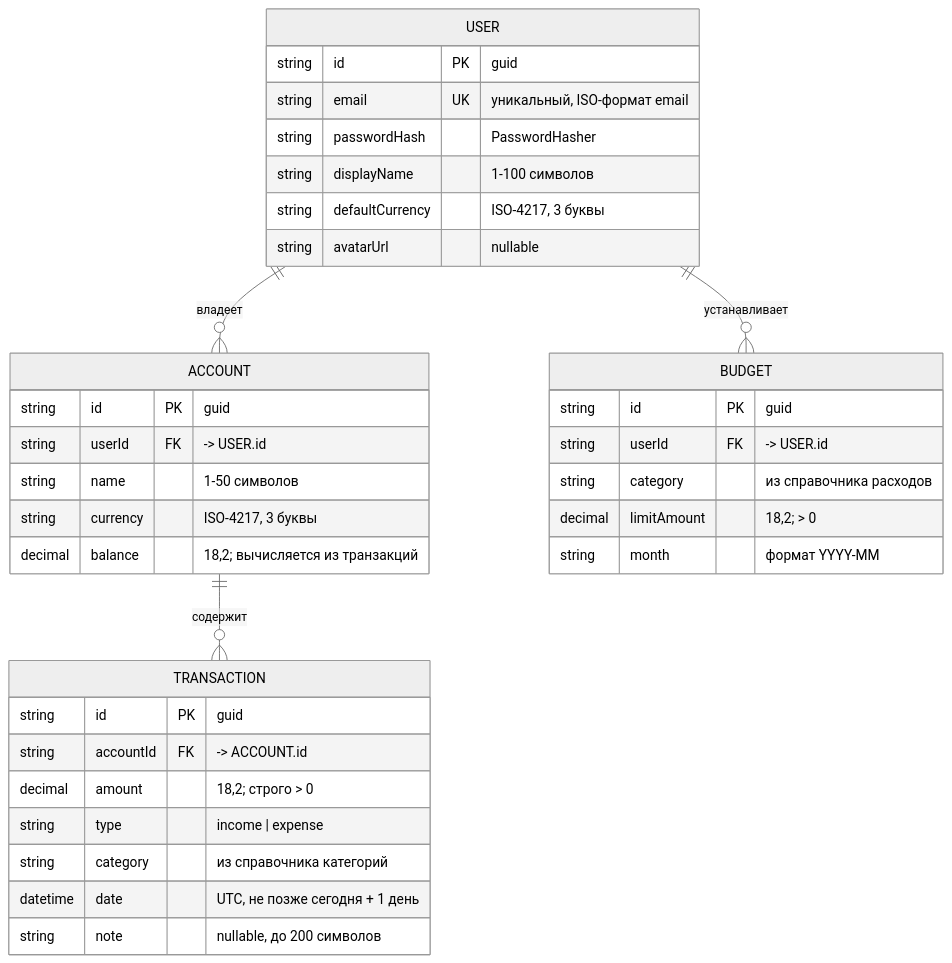
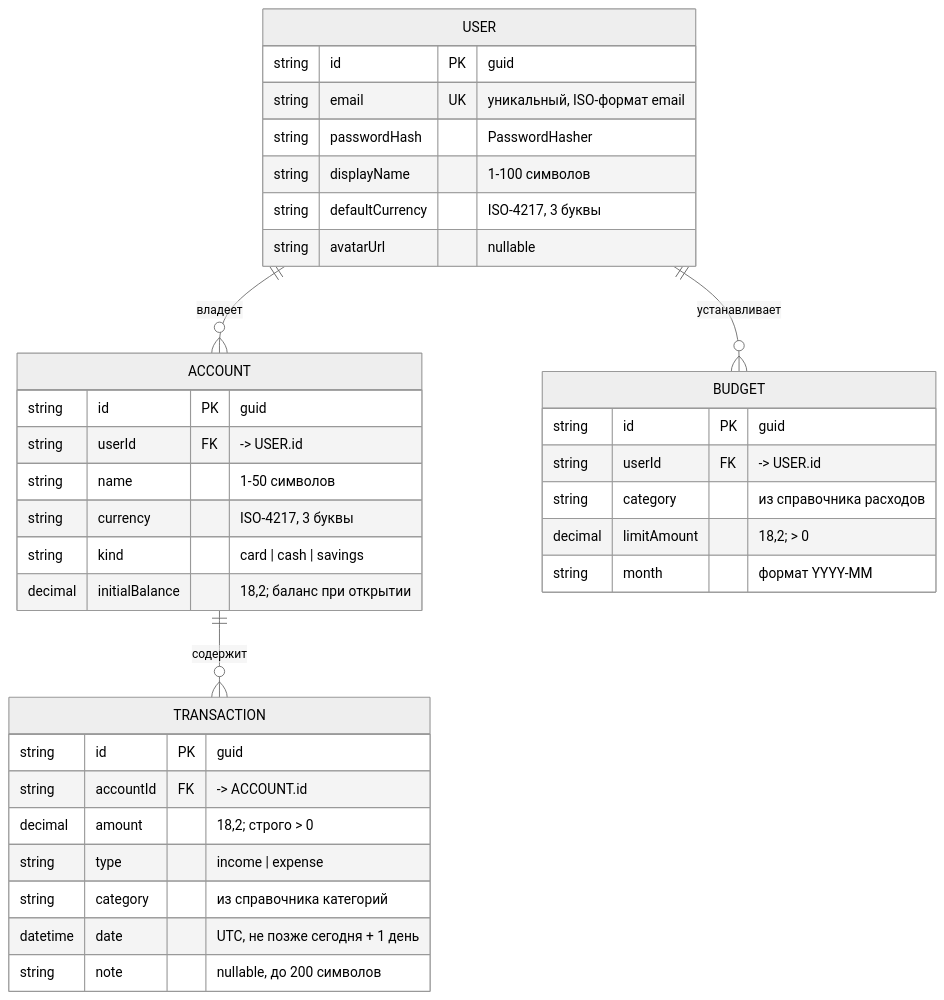
The diagram in docs/er-diagram.md (YanGCSHARP/LAB1_PAM), drawn with Mermaid (neutral theme) before and after one commit. The commit also changed other lines of this file and 2 other files, not shown here.

Commit message:
docs: add account kind and initial balance to data model and api contract

````diff
--- a/docs/er-diagram.md
+++ b/docs/er-diagram.md
@@ -10,41 +10,42 @@
 ```mermaid
 erDiagram
     USER ||--o{ ACCOUNT : "владеет"
     USER ||--o{ BUDGET : "устанавливает"
     ACCOUNT ||--o{ TRANSACTION : "содержит"
 
     USER {
         string id PK "guid"
         string email UK "уникальный, ISO-формат email"
         string passwordHash "PasswordHasher<User>"
         string displayName "1-100 символов"
         string defaultCurrency "ISO-4217, 3 буквы"
         string avatarUrl "nullable"
     }
 
     ACCOUNT {
         string id PK "guid"
         string userId FK "-> USER.id"
         string name "1-50 символов"
         string currency "ISO-4217, 3 буквы"
-        decimal balance "18,2; вычисляется из транзакций"
+        string kind "card | cash | savings"
+        decimal initialBalance "18,2; баланс при открытии"
     }
 
     TRANSACTION {
         string id PK "guid"
         string accountId FK "-> ACCOUNT.id"
         decimal amount "18,2; строго > 0"
         string type "income | expense"
         string category "из справочника категорий"
         datetime date "UTC, не позже сегодня + 1 день"
         string note "nullable, до 200 символов"
     }
 
     BUDGET {
         string id PK "guid"
         string userId FK "-> USER.id"
         string category "из справочника расходов"
         decimal limitAmount "18,2; > 0"
         string month "формат YYYY-MM"
     }
 ```
````
